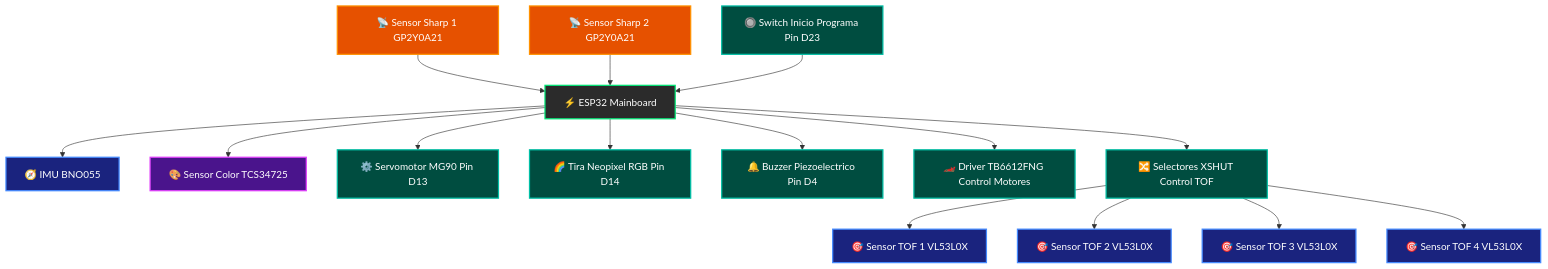
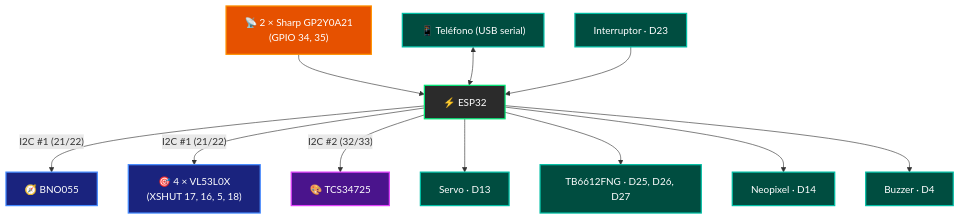
One commit to erchivox/Prometheus-Team-2026 changed the second of 6 diagrams in README.md. Above: the diagram before and after it, drawn with Mermaid. The commit also changed other lines of this file, not shown here.

````diff
--- a/README.md
+++ b/README.md
@@ -266,46 +226,33 @@
 ```mermaid
 graph TD
     classDef mcu fill:#2b2b2b,stroke:#00e676,stroke-width:2px,color:#fff;
     classDef i2c1 fill:#1a237e,stroke:#448aff,stroke-width:2px,color:#fff;
     classDef i2c2 fill:#4a148c,stroke:#e040fb,stroke-width:2px,color:#fff;
     classDef adc fill:#e65100,stroke:#ff9100,stroke-width:2px,color:#fff;
     classDef gpio fill:#004d40,stroke:#00bfa5,stroke-width:2px,color:#fff;
 
-    MCU["⚡ ESP32 Mainboard"]:::mcu
+    MCU["⚡ ESP32"]:::mcu
 
-    IMU["🧭 IMU BNO055"]:::i2c1
-    TOF1["🎯 Sensor TOF 1 VL53L0X"]:::i2c1
-    TOF2["🎯 Sensor TOF 2 VL53L0X"]:::i2c1
-    TOF3["🎯 Sensor TOF 3 VL53L0X"]:::i2c1
-    TOF4["🎯 Sensor TOF 4 VL53L0X"]:::i2c1
+    IMU["🧭 BNO055"]:::i2c1
+    TOF["🎯 4 × VL53L0X<br>(XSHUT 17, 16, 5, 18)"]:::i2c1
+    COLOR["🎨 TCS34725"]:::i2c2
+    SHARP["📡 2 × Sharp GP2Y0A21<br>(GPIO 34, 35)"]:::adc
+    PHONE["📱 Teléfono (USB serial)"]:::gpio
 
-    COLOR["🎨 Sensor Color TCS34725"]:::i2c2
+    SERVO["Servo · D13"]:::gpio
+    DRIVER["TB6612FNG · D25, D26, D27"]:::gpio
+    NEO["Neopixel · D14"]:::gpio
+    BUZZER["Buzzer · D4"]:::gpio
+    SW["Interruptor · D23"]:::gpio
 
-    SHARP1["📡 Sensor Sharp 1 GP2Y0A21"]:::adc
-    SHARP2["📡 Sensor Sharp 2 GP2Y0A21"]:::adc
-
-    SERVO["⚙️ Servomotor MG90 Pin D13"]:::gpio
-    NEO["🌈 Tira Neopixel RGB Pin D14"]:::gpio
-    BUZZER["🔔 Buzzer Piezoelectrico Pin D4"]:::gpio
-    SW["🔘 Switch Inicio Programa Pin D23"]:::gpio
-    DRIVER["🏎️ Driver TB6612FNG Control Motores"]:::gpio
-    XSHUT["🔀 Selectores XSHUT Control TOF"]:::gpio
-
-    MCU --> IMU
-    MCU --> COLOR
-
-    MCU --> XSHUT
-    XSHUT --> TOF1
-    XSHUT --> TOF2
-    XSHUT --> TOF3
-    XSHUT --> TOF4
-
-    SHARP1 --> MCU
-    SHARP2 --> MCU
-
+    MCU -- "I2C #1 (21/22)" --> IMU
+    MCU -- "I2C #1 (21/22)" --> TOF
+    MCU -- "I2C #2 (32/33)" --> COLOR
+    SHARP --> MCU
+    PHONE <--> MCU
     MCU --> SERVO
+    MCU --> DRIVER
     MCU --> NEO
     MCU --> BUZZER
     SW --> MCU
-    MCU --> DRIVER
 ```
````
